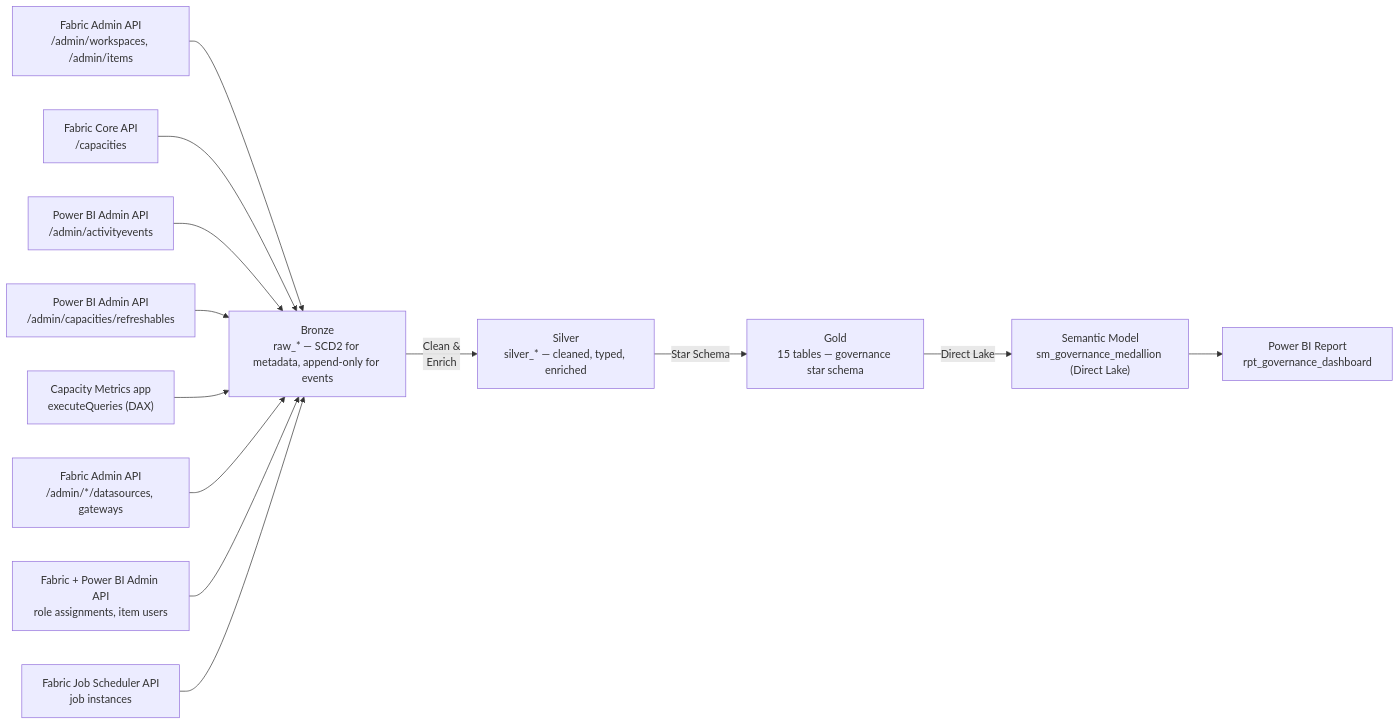
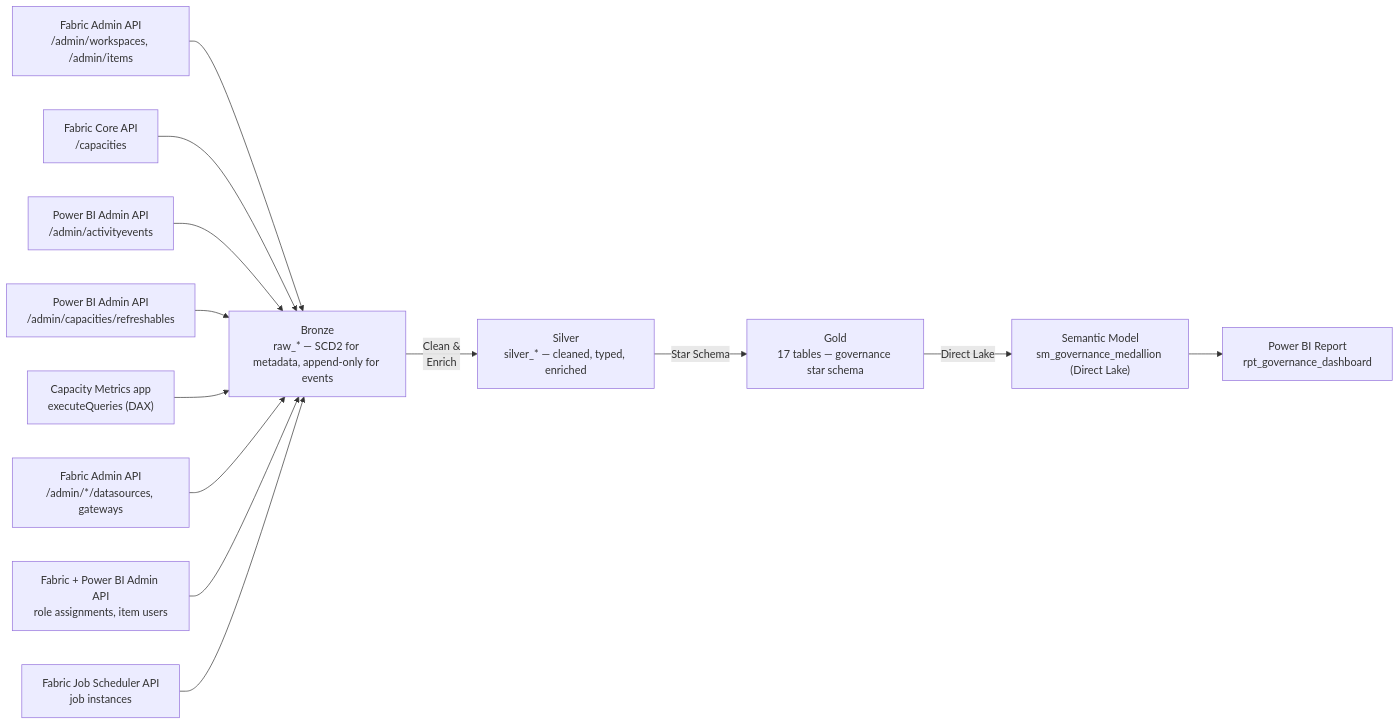
The diagram in README.md (amxavier/fabric-governance), drawn with Mermaid before and after one commit. The commit also changed other lines of this file and 1 other file, not shown here.

````diff
--- a/README.md
+++ b/README.md
@@ -28,30 +28,30 @@
 ```mermaid
 flowchart LR
     ADM["Fabric Admin API\n/admin/workspaces, /admin/items"]
     CAP["Fabric Core API\n/capacities"]
     AE["Power BI Admin API\n/admin/activityevents"]
     RH["Power BI Admin API\n/admin/capacities/refreshables"]
     CM["Capacity Metrics app\nexecuteQueries (DAX)"]
     GW["Fabric Admin API\n/admin/*/datasources, gateways"]
     PERM["Fabric + Power BI Admin API\nrole assignments, item users"]
     JOB["Fabric Job Scheduler API\njob instances"]
 
     B["Bronze\nraw_* — SCD2 for metadata, append-only for events"]
     S["Silver\nsilver_* — cleaned, typed, enriched"]
-    G["Gold\n15 tables — governance star schema"]
+    G["Gold\n17 tables — governance star schema"]
     SM["Semantic Model\nsm_governance_medallion (Direct Lake)"]
     PBI["Power BI Report\nrpt_governance_dashboard"]
 
     ADM --> B
     CAP --> B
     AE --> B
     RH --> B
     CM --> B
     GW --> B
     PERM --> B
     JOB --> B
     B -->|"Clean &\nEnrich"| S
     S -->|"Star Schema"| G
     G -->|"Direct Lake"| SM
     SM --> PBI
 ```
````
